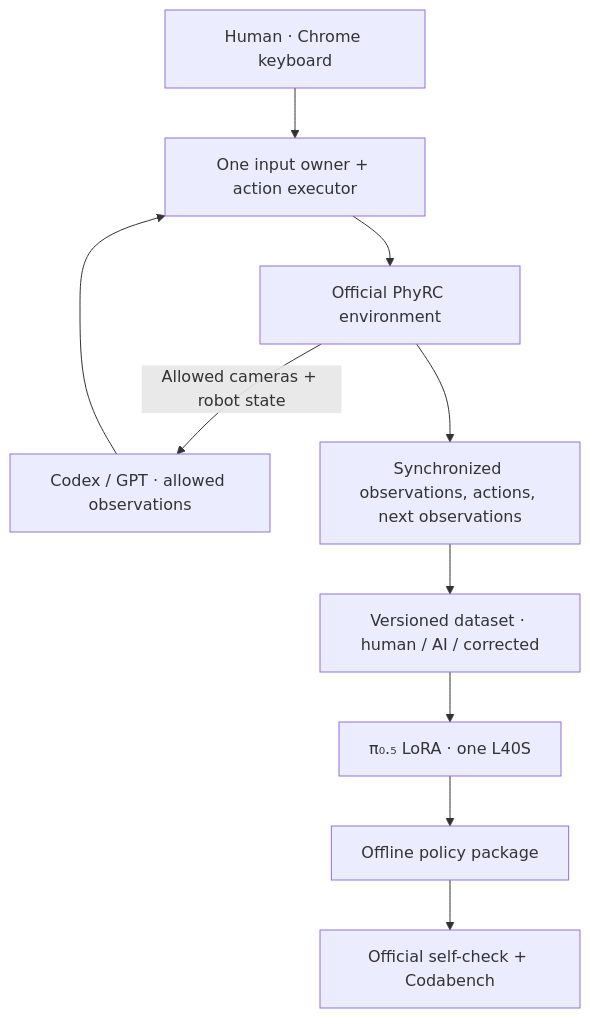
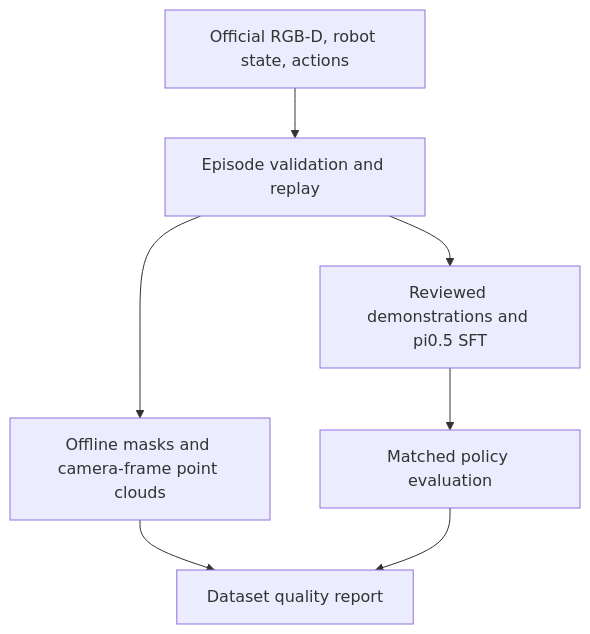
The diagram in README.md (leonyoon-3dai/PhyRC_2027_phase1), drawn with Mermaid before and after one commit. The commit also changed other lines of this file and 8 other files, not shown here.

````diff
--- a/README.md
+++ b/README.md
@@ -72,12 +60,9 @@
 ```mermaid
 flowchart TD
-    H["Human · Chrome keyboard"] --> X["One input owner + action executor"]
-    A["Codex / GPT · allowed observations"] --> X
-    X --> E["Official PhyRC environment"]
-    E -->|"Allowed cameras + robot state"| A
-    E --> R["Synchronized observations, actions, next observations"]
-    R --> D["Versioned dataset · human / AI / corrected"]
-    D --> T["π₀.₅ LoRA · one L40S"]
-    T --> P["Offline policy package"]
-    P --> C["Official self-check + Codabench"]
+    R["Official RGB-D, robot state, actions"] --> Q["Episode validation and replay"]
+    Q --> V["Offline masks and camera-frame point clouds"]
+    Q --> T["Reviewed demonstrations and pi0.5 SFT"]
+    T --> E["Matched policy evaluation"]
+    V --> D["Dataset quality report"]
+    E --> D
 ```
````
